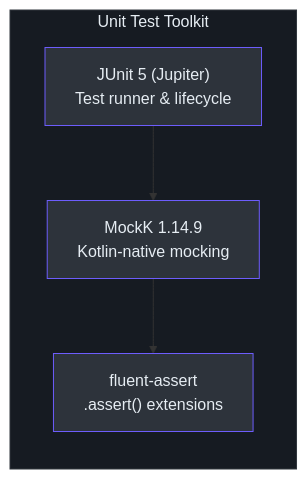
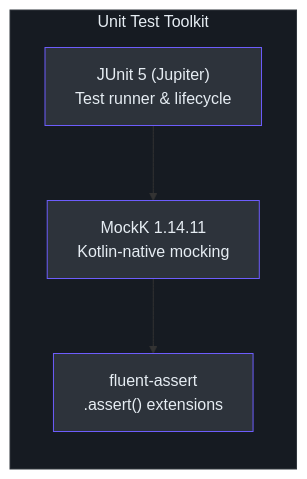
The first of 3 diagrams in wiki/testing/unit-testing.md (Ahoo-Wang/Simba), drawn with Mermaid before and after one commit. The commit also changed other lines of this file and 10 other files, not shown here.

````diff
--- a/wiki/testing/unit-testing.md
+++ b/wiki/testing/unit-testing.md
@@ -12,15 +12,15 @@
 ```mermaid
 flowchart LR
     subgraph tools["Unit Test Toolkit"]
         style tools fill:#161b22,stroke:#30363d,color:#e6edf3
         JUNIT["JUnit 5 (Jupiter)<br>Test runner & lifecycle"]
-        MOCKK["MockK 1.14.9<br>Kotlin-native mocking"]
+        MOCKK["MockK 1.14.11<br>Kotlin-native mocking"]
         FA["fluent-assert<br>.assert() extensions"]
     end
 
     JUNIT --> MOCKK --> FA
 
     style JUNIT fill:#2d333b,stroke:#6d5dfc,color:#e6edf3
     style MOCKK fill:#2d333b,stroke:#6d5dfc,color:#e6edf3
     style FA fill:#2d333b,stroke:#6d5dfc,color:#e6edf3
 ```
````
